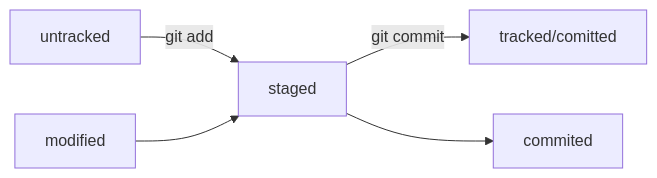
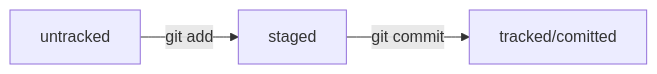
The diagram in README.md (aavvnn/first_y_project_task), drawn with Mermaid before and after one commit.

````diff
--- a/README.md
+++ b/README.md
@@ -12,10 +12,6 @@
 ```mermaid
 graph LR;
   untracked -- "git add" --> staged;
   staged    -- "git commit"     --> tracked/comitted;   
 
-
-
-%% это комментарий: 
-  modified --> staged --> commited;
-``` 
+```   
````
